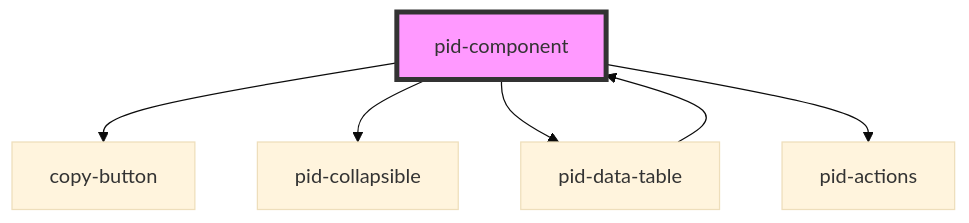
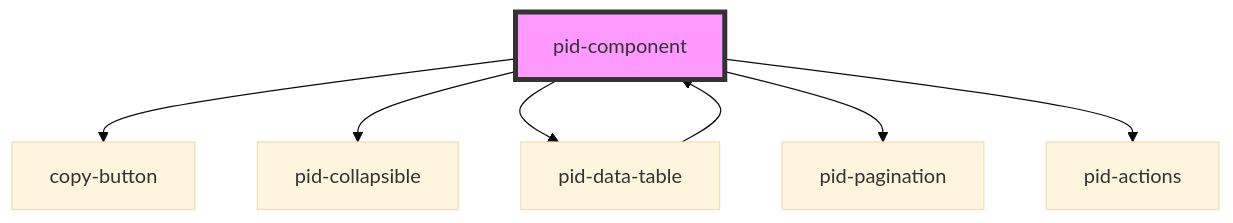
One commit to kit-data-manager/pid-component changed the diagram in packages/stencil-library/src/components/pid-component/readme.md. Above: the diagram before and after it, drawn with Mermaid (base theme). The commit also changed other lines of this file and 14 other files, not shown here.

````diff
--- a/packages/stencil-library/src/components/pid-component/readme.md
+++ b/packages/stencil-library/src/components/pid-component/readme.md
@@ -49,9 +50,10 @@
 ```mermaid
 graph TD;
   pid-component --> copy-button
   pid-component --> pid-collapsible
   pid-component --> pid-data-table
+  pid-component --> pid-pagination
   pid-component --> pid-actions
   pid-data-table --> pid-component
   style pid-component fill:#f9f,stroke:#333,stroke-width:4px
 ```
````
